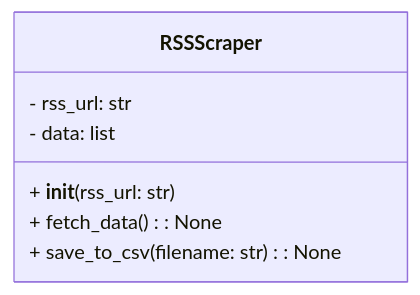
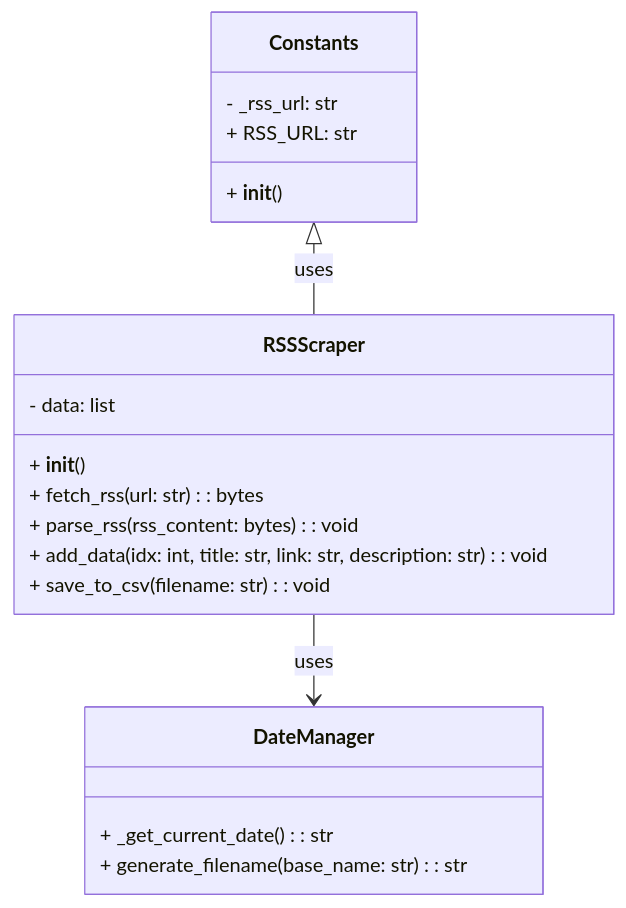
The diagram in mermaind.md (kenkono/python_dev), drawn with Mermaid before and after one commit.

Commit message:
merimaind: Refactor RSSScraper class and add DateManager class

````diff
--- a/mermaind.md
+++ b/mermaind.md
@@ -3,11 +3,25 @@
 ```mermaid
 classDiagram
-    class RSSScraper {
-        - rss_url: str
-        - data: list
-        + __init__(rss_url: str)
-        + fetch_data() : None
-        + save_to_csv(filename: str) : None
+    class Constants {
+        - _rss_url: str
+        + __init__()
+        + RSS_URL: str
     }
 
+    class RSSScraper {
+        - data: list
+        + __init__()
+        + fetch_rss(url: str): bytes
+        + parse_rss(rss_content: bytes): void
+        + add_data(idx: int, title: str, link: str, description: str): void
+        + save_to_csv(filename: str): void
+    }
+
+    class DateManager {
+        + _get_current_date(): str
+        + generate_filename(base_name: str): str
+    }
+
+    Constants <|-- RSSScraper : uses
+    RSSScraper --> DateManager : uses
 ```
````
